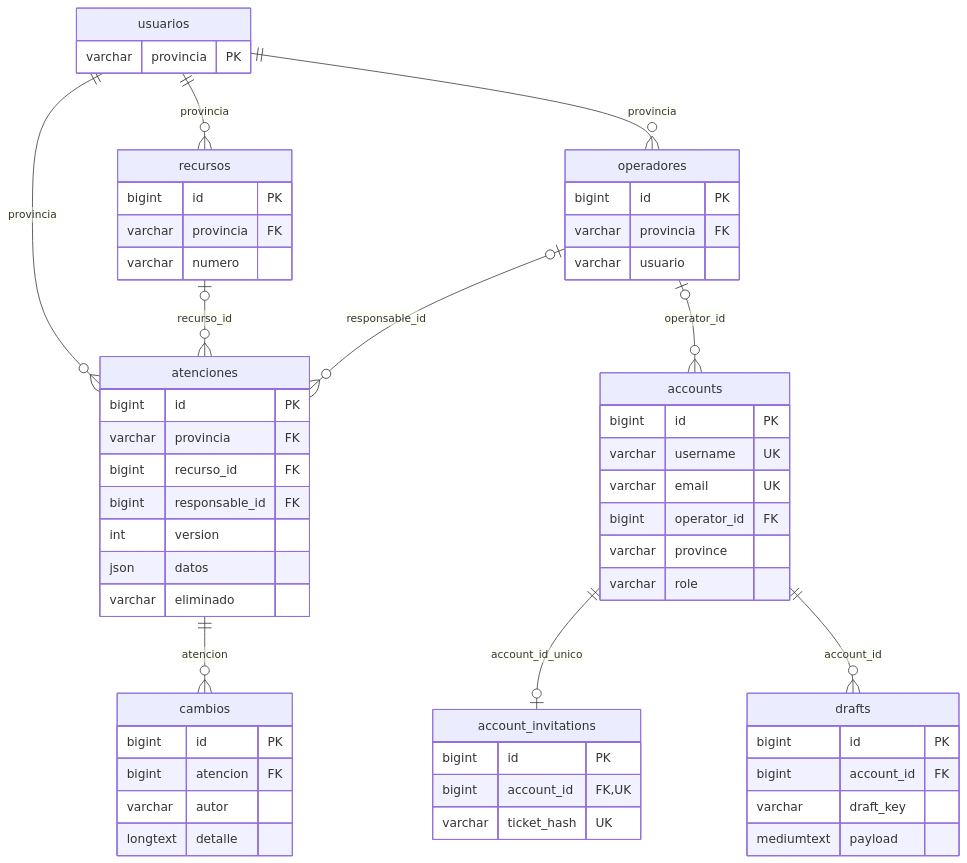
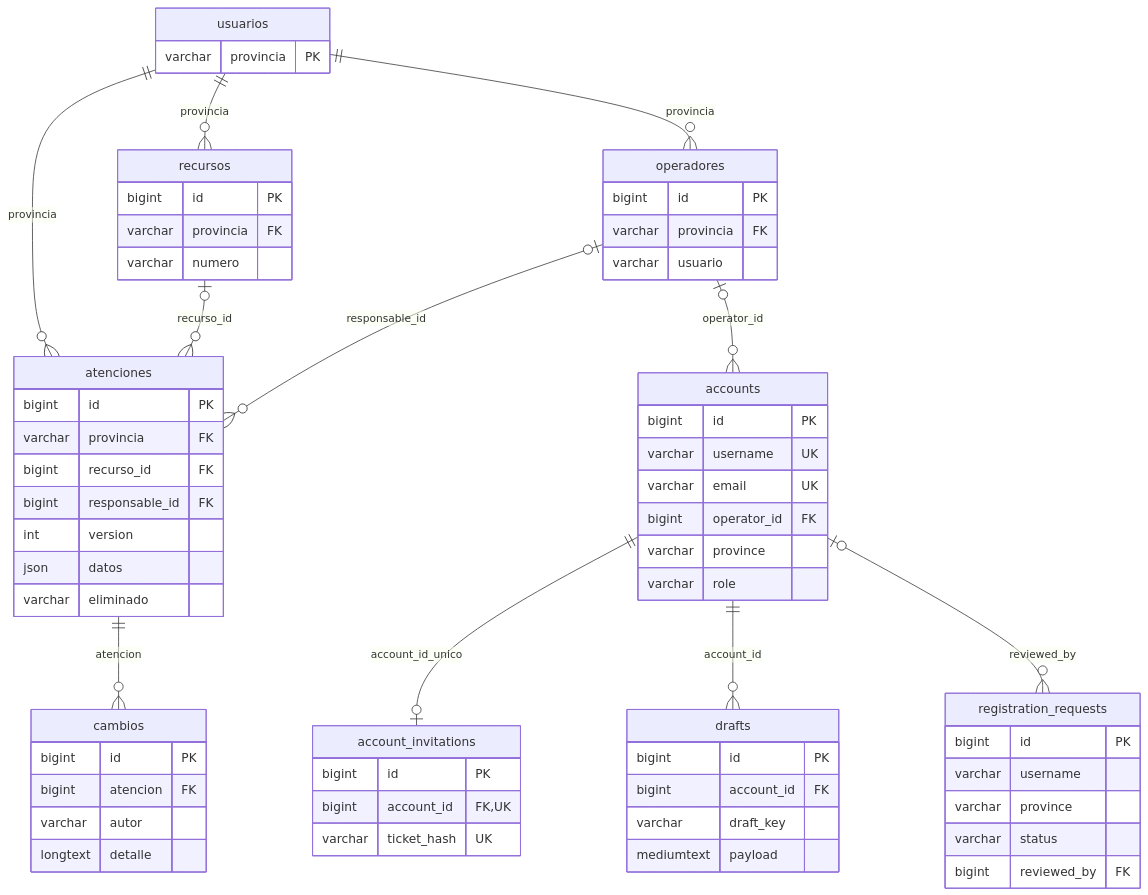
One commit to jossuevillafuerte-prog/aph-cruz-roja-ecuatoriana changed the diagram in docs/base-de-datos/relaciones.md. Above: the diagram before and after it, drawn with Mermaid. The commit also changed 21 other files, not shown here.

````diff
--- a/docs/base-de-datos/relaciones.md
+++ b/docs/base-de-datos/relaciones.md
@@ -5,59 +5,67 @@
 ```mermaid
 erDiagram
     usuarios ||--o{ operadores : provincia
     usuarios ||--o{ recursos : provincia
     usuarios ||--o{ atenciones : provincia
     recursos o|--o{ atenciones : recurso_id
     operadores o|--o{ atenciones : responsable_id
     operadores o|--o{ accounts : operator_id
     atenciones ||--o{ cambios : atencion
     accounts ||--o| account_invitations : account_id_unico
     accounts ||--o{ drafts : account_id
+    accounts |o--o{ registration_requests : reviewed_by
     usuarios {
         varchar provincia PK
     }
     operadores {
         bigint id PK
         varchar provincia FK
         varchar usuario
     }
     recursos {
         bigint id PK
         varchar provincia FK
         varchar numero
     }
     atenciones {
         bigint id PK
         varchar provincia FK
         bigint recurso_id FK
         bigint responsable_id FK
         int version
         json datos
         varchar eliminado
     }
     cambios {
         bigint id PK
         bigint atencion FK
         varchar autor
         longtext detalle
     }
     accounts {
         bigint id PK
         varchar username UK
         varchar email UK
         bigint operator_id FK
         varchar province
         varchar role
     }
     account_invitations {
         bigint id PK
         bigint account_id FK,UK
         varchar ticket_hash UK
     }
+    registration_requests {
+        bigint id PK
+        varchar username
+        varchar province
+        varchar status
+        bigint reviewed_by FK
+    }
     drafts {
         bigint id PK
         bigint account_id FK
         varchar draft_key
         mediumtext payload
     }
 ```
````
